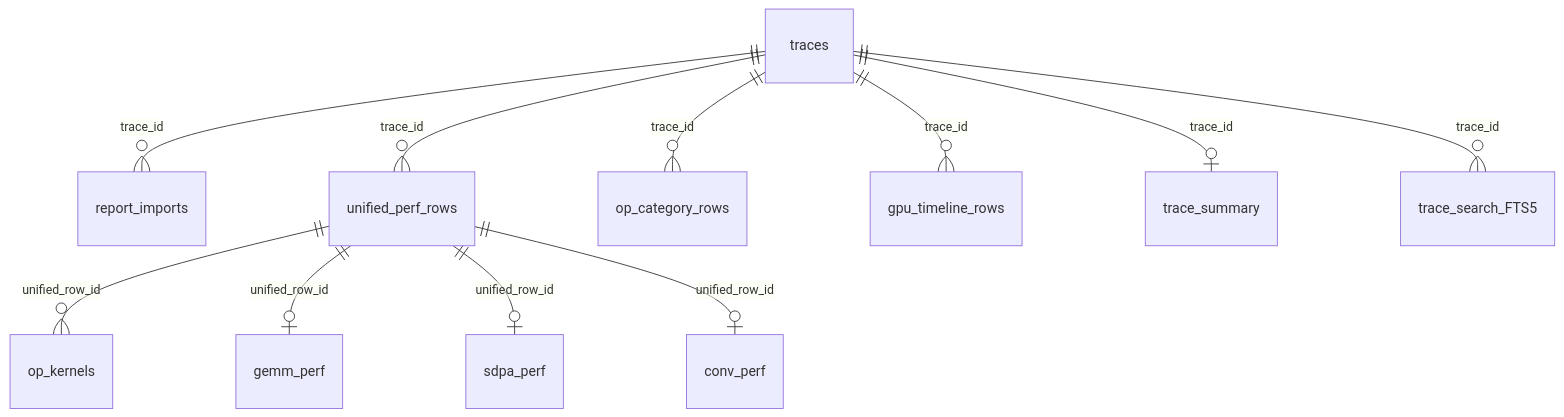
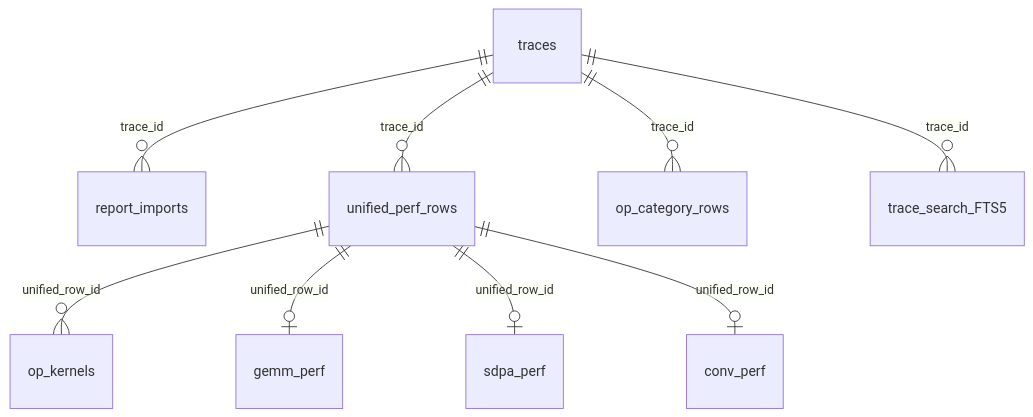
One commit to AMD-AGI/TraceLens changed the diagram in docs/how-to/trace-index.md. Above: the diagram before and after it, drawn with Mermaid. The commit also changed other lines of this file and 3 other files, not shown here.

First line of the commit message:
TraceIndex: simplify GPU report storage

````diff
--- a/docs/how-to/trace-index.md
+++ b/docs/how-to/trace-index.md
@@ -114,13 +114,11 @@
 ```mermaid
 erDiagram
     traces ||--o{ report_imports : "trace_id"
     traces ||--o{ unified_perf_rows : "trace_id"
     traces ||--o{ op_category_rows : "trace_id"
-    traces ||--o{ gpu_timeline_rows : "trace_id"
-    traces ||--o| trace_summary : "trace_id"
     traces ||--o{ trace_search_FTS5 : "trace_id"
     unified_perf_rows ||--o{ op_kernels : "unified_row_id"
     unified_perf_rows ||--o| gemm_perf : "unified_row_id"
     unified_perf_rows ||--o| sdpa_perf : "unified_row_id"
     unified_perf_rows ||--o| conv_perf : "unified_row_id"
 ```
````
